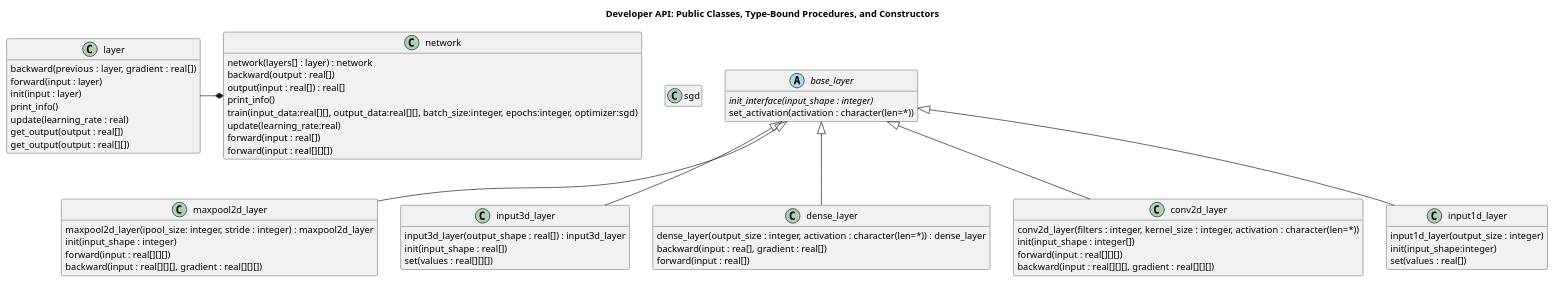
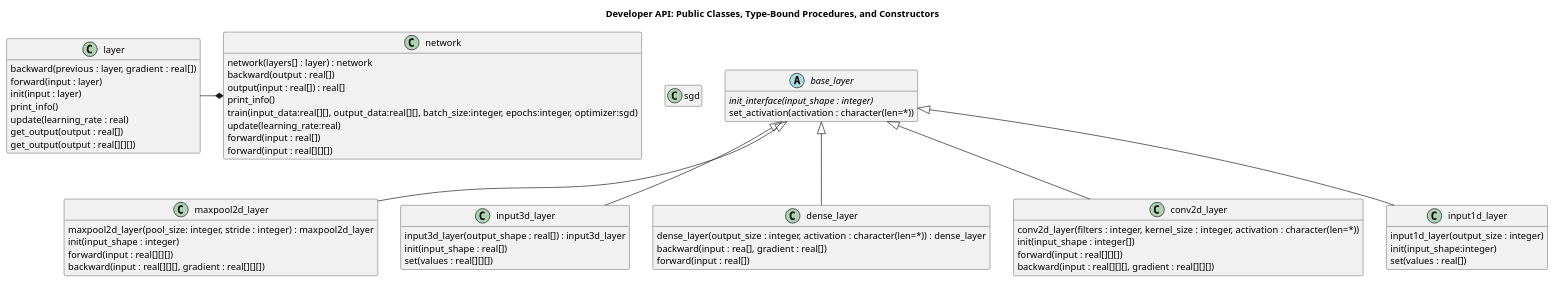
Before and after one commit to modern-fortran/neural-fortran: the diagram in doc/developer-api.puml, drawn with PlantUML.

```diff
--- a/doc/developer-api.puml
+++ b/doc/developer-api.puml
@@ -1,75 +1,75 @@
 @startuml
 
 title Developer API: Public Classes, Type-Bound Procedures, and Constructors
 hide empty members 
 
 class sgd
 
 abstract class base_layer {
   {abstract} init_interface(input_shape : integer)
   set_activation(activation : character(len=*))
 }
 
 class maxpool2d_layer{
-  maxpool2d_layer(ipool_size: integer, stride : integer) : maxpool2d_layer
+  maxpool2d_layer(pool_size: integer, stride : integer) : maxpool2d_layer
   init(input_shape : integer)
   forward(input : real[][][])
   backward(input : real[][][], gradient : real[][][])
 }
 
 class input3d_layer{
   input3d_layer(output_shape : real[]) : input3d_layer
   init(input_shape : real[])
   set(values : real[][][])
 }
 
 class dense_layer{
   dense_layer(output_size : integer, activation : character(len=*)) : dense_layer
   backward(input : rea[], gradient : real[])
   forward(input : real[])
 }
 
 class conv2d_layer{
   conv2d_layer(filters : integer, kernel_size : integer, activation : character(len=*))
   init(input_shape : integer[])
   forward(input : real[][][])
   backward(input : real[][][], gradient : real[][][])
 }
 
 class input1d_layer{
   input1d_layer(output_size : integer)
   init(input_shape:integer)
   set(values : real[])
 }
 
 
 class network {
   network(layers[] : layer) : network
   backward(output : real[])
   output(input : real[]) : real[]
   print_info()
   train(input_data:real[][], output_data:real[][], batch_size:integer, epochs:integer, optimizer:sgd)
   update(learning_rate:real)
   forward(input : real[])
   forward(input : real[][][])
 }
 
 class layer{
   backward(previous : layer, gradient : real[])
   forward(input : layer)
   init(input : layer)
   print_info()
   update(learning_rate : real)
   get_output(output : real[])
-  get_output(output : real[][])
+  get_output(output : real[][][])
 }
 
 network *-left- layer 
 
 base_layer <|-- maxpool2d_layer
 base_layer <|-- input3d_layer
 base_layer <|-- dense_layer
 base_layer <|-- conv2d_layer
 base_layer <|-- input1d_layer
 
 @enduml
```
